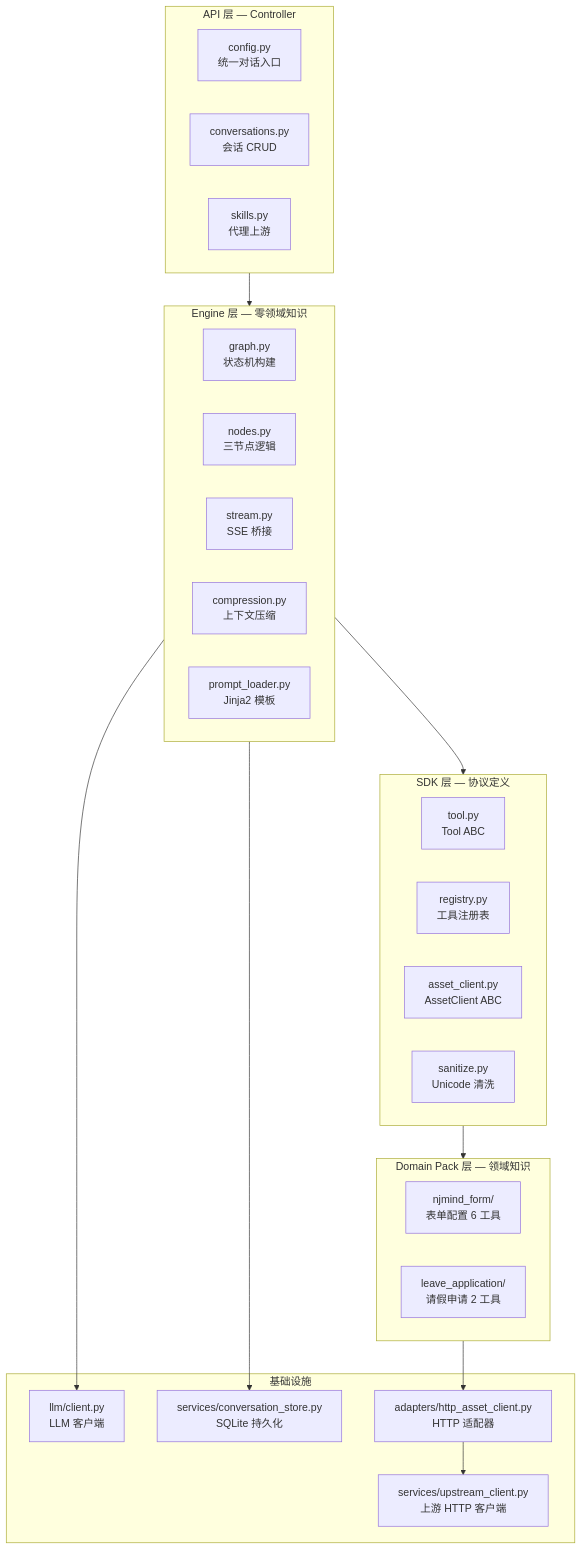
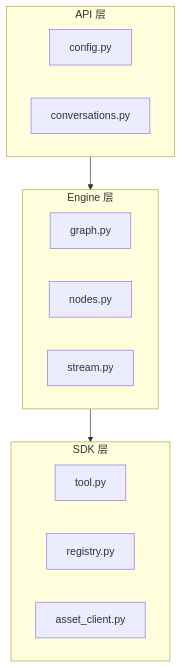
One commit to 996Code/llm-to-modeler changed diagram 15 of 27 in doc/系统架构与学习指南.md. Above: the diagram before and after it, drawn with Mermaid. The commit also changed other lines of this file, not shown here.

First line of the commit message:
docs: 深度解析 interrupt/resume 机制 + 拆分所有大图

````diff
--- a/doc/系统架构与学习指南.md
+++ b/doc/系统架构与学习指南.md
@@ -343,43 +353,18 @@
 ```mermaid
-graph TB
-    subgraph API["API 层 — Controller"]
-        Config["config.py<br/>统一对话入口"]
-        Conv["conversations.py<br/>会话 CRUD"]
-        Skills["skills.py<br/>代理上游"]
+flowchart TB
+    subgraph API["API 层"]
+        Config["config.py"]
+        Conv["conversations.py"]
     end
-
-    subgraph Engine["Engine 层 — 零领域知识"]
-        Graph["graph.py<br/>状态机构建"]
-        Nodes["nodes.py<br/>三节点逻辑"]
-        Stream["stream.py<br/>SSE 桥接"]
-        Compress["compression.py<br/>上下文压缩"]
-        Prompt["prompt_loader.py<br/>Jinja2 模板"]
+    subgraph Engine["Engine 层"]
+        Graph["graph.py"]
+        Nodes["nodes.py"]
+        Stream["stream.py"]
     end
-
-    subgraph SDK["SDK 层 — 协议定义"]
-        Tool["tool.py<br/>Tool ABC"]
-        Registry["registry.py<br/>工具注册表"]
-        Asset["asset_client.py<br/>AssetClient ABC"]
-        Sanitize["sanitize.py<br/>Unicode 清洗"]
+    subgraph SDK["SDK 层"]
+        Tool["tool.py"]
+        Registry["registry.py"]
+        Asset["asset_client.py"]
     end
-
-    subgraph Domains["Domain Pack 层 — 领域知识"]
-        FormPack["njmind_form/<br/>表单配置 6 工具"]
-        LeavePack["leave_application/<br/>请假申请 2 工具"]
-    end
-
-    subgraph Infra["基础设施"]
-        LLM["llm/client.py<br/>LLM 客户端"]
-        Store["services/conversation_store.py<br/>SQLite 持久化"]
-        Upstream["services/upstream_client.py<br/>上游 HTTP 客户端"]
-        Adapter["adapters/http_asset_client.py<br/>HTTP 适配器"]
-    end
-
-    API --> Engine
-    Engine --> SDK
-    SDK --> Domains
-    Domains --> Adapter
-    Adapter --> Upstream
-    Engine --> LLM
-    Engine --> Store
+    API --> Engine --> SDK
 ```
````
